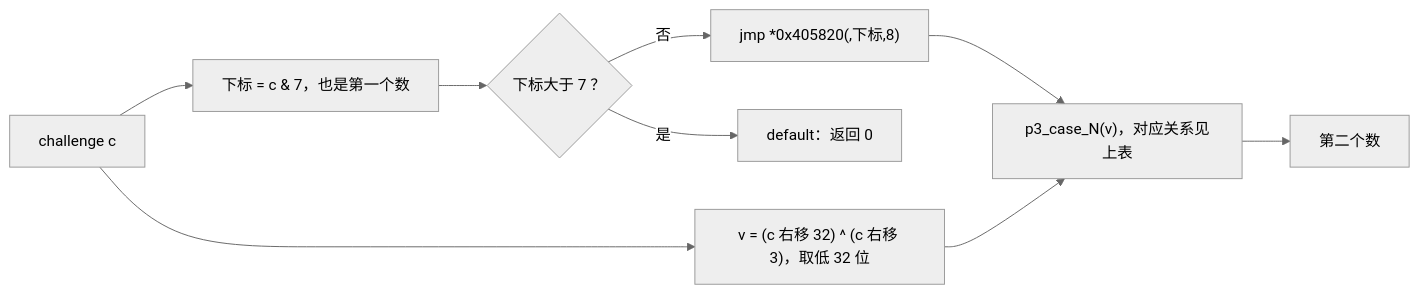
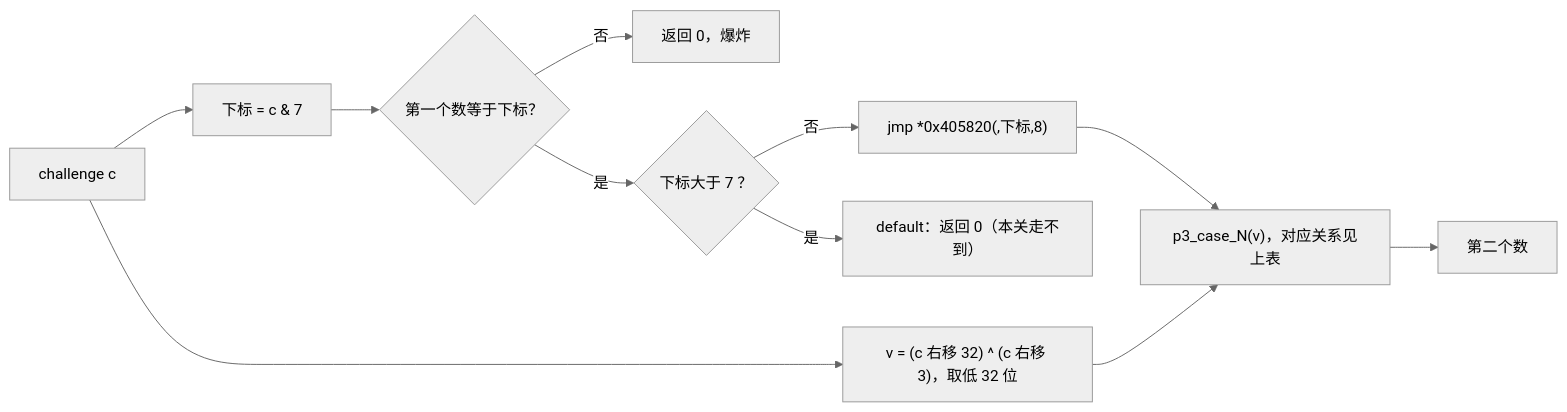
The third of 7 diagrams in report.md (LeoSian/ics-2026-bomblab), drawn with Mermaid (neutral theme) before and after one commit. The commit also changed other lines of this file, not shown here.

````diff
--- a/report.md
+++ b/report.md
@@ -224,11 +224,13 @@
 ```mermaid
 flowchart LR
-    C["challenge c"] --> X["下标 = c & 7，也是第一个数"]
+    C["challenge c"] --> X["下标 = c & 7"]
     C --> V["v = (c 右移 32) ^ (c 右移 3)，取低 32 位"]
-    X --> J{"下标大于 7 ？"}
-    J -- 是 --> D["default：返回 0"]
+    X --> F{"第一个数等于下标？"}
+    F -- 否 --> B["返回 0，爆炸"]
+    F -- 是 --> J{"下标大于 7 ？"}
+    J -- 是 --> D["default：返回 0（本关走不到）"]
     J -- 否 --> T["jmp *0x405820(,下标,8)"]
     T --> K["p3_case_N(v)，对应关系见上表"]
     V --> K
     K --> R["第二个数"]
 ```
````
